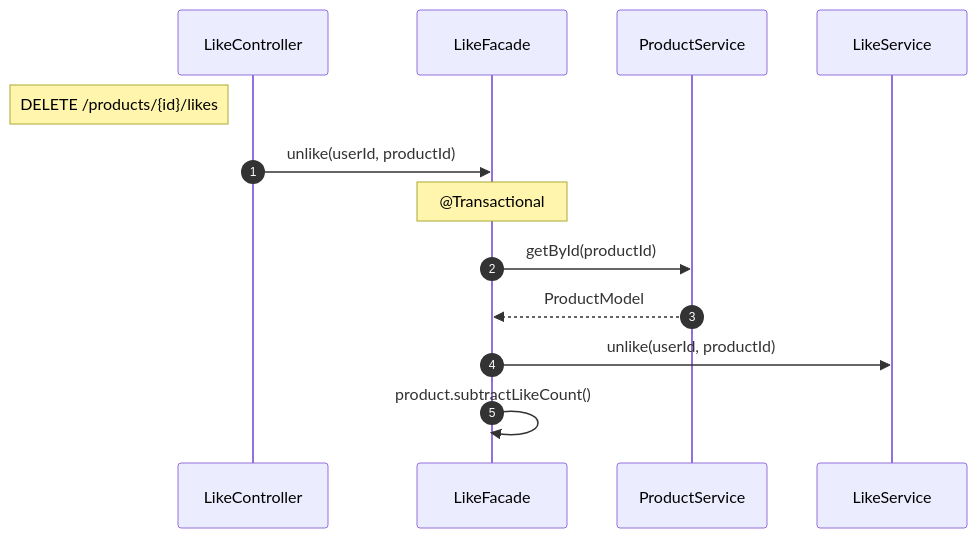
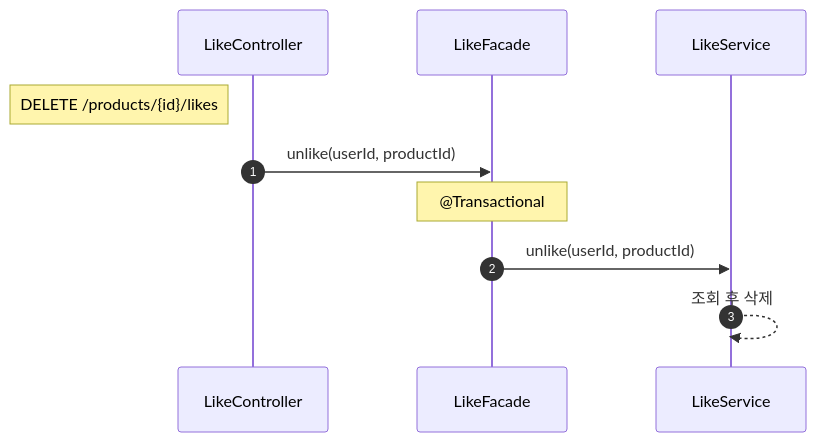
The second of 4 diagrams in docs/design/like/DESIGN.md (plan11plan/loop-pack-be-l2-vol3-java), drawn with Mermaid before and after one commit. The commit also changed other lines of this file, not shown here.

````diff
--- a/docs/design/like/DESIGN.md
+++ b/docs/design/like/DESIGN.md
@@ -99,20 +98,16 @@
 ```mermaid
 sequenceDiagram
     autonumber
 
     participant LC as LikeController
     participant LF as LikeFacade
-    participant PS as ProductService
     participant LS as LikeService
 
     Note left of LC: DELETE /products/{id}/likes
 
     LC->>LF: unlike(userId, productId)
 
     Note over LF: @Transactional
-    LF->>PS: getById(productId)
-    PS-->>LF: ProductModel
-
     LF->>LS: unlike(userId, productId)
-    LF->>LF: product.subtractLikeCount()
+    LS-->>LS: 조회 후 삭제
 ```
````
